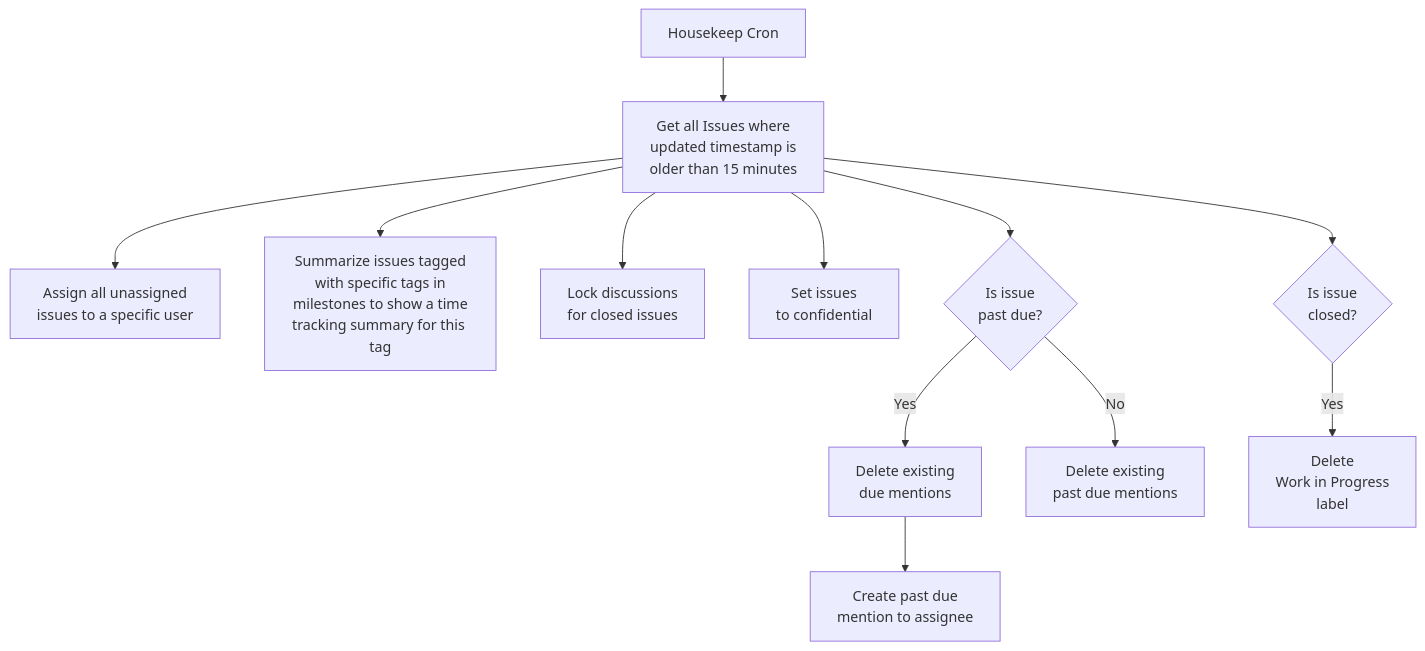
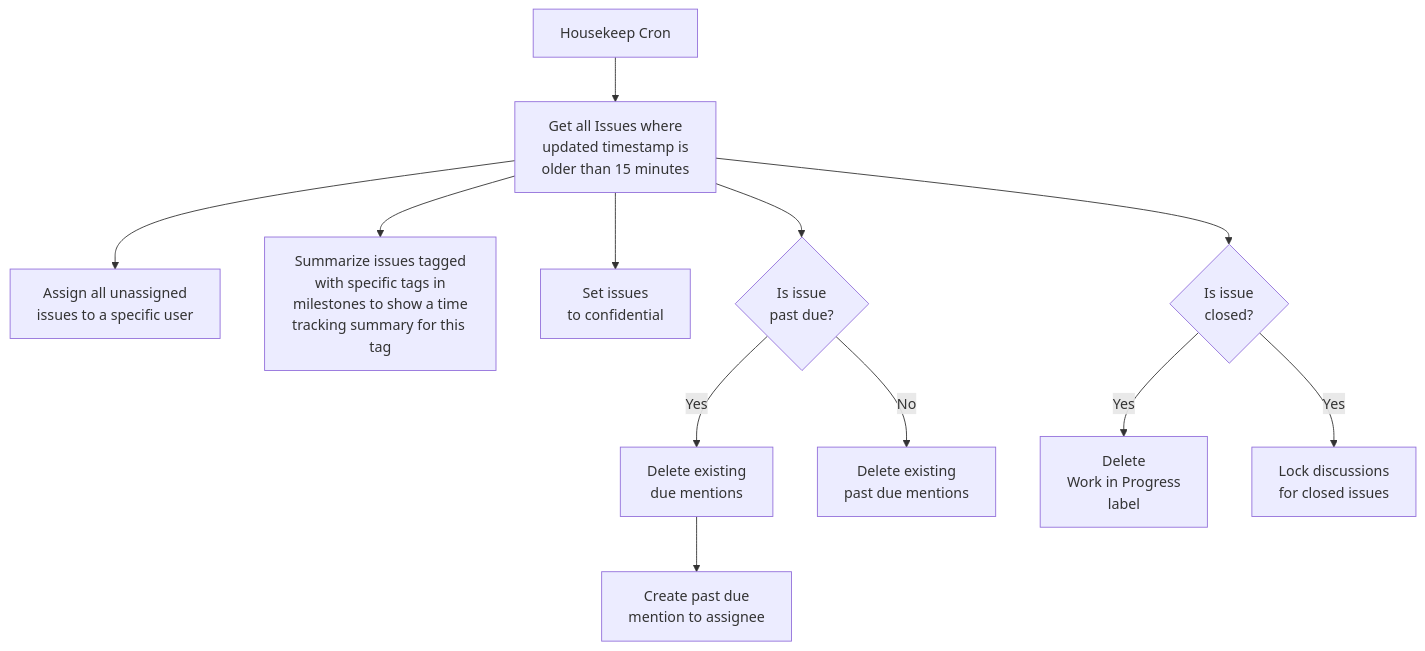
The first of 2 diagrams in README.md (perryflynn/taskomat), drawn with Mermaid before and after one commit. The commit also changed 1 other file, not shown here.

Commit message:
refine readme

````diff
--- a/README.md
+++ b/README.md
@@ -26,14 +26,14 @@
 ```mermaid
 graph TD
     hk[Housekeep Cron] --> issues[Get all Issues where<br>updated timestamp is<br>older than 15 minutes]
     issues --> assign[Assign all unassigned<br>issues to a specific user]
     issues --> milestone[Summarize issues tagged<br>with specific tags in<br>milestones to show a time<br>tracking summary for this tag]
-    issues --> lock[Lock discussions<br>for closed issues]
     issues --> confidential[Set issues<br>to confidential]
     issues --> isdue{Is issue<br>past due?}
     isdue -->|Yes| delduemsg2[Delete existing<br>due mentions]
     issues --> isclosed{Is issue<br>closed?}
     isclosed -->|Yes| delwip[Delete<br>Work in Progress<br>label]
+    isclosed --> |Yes| lock[Lock discussions<br>for closed issues]
     delduemsg2 --> addue[Create past due<br>mention to assignee]
     isdue -->|No| delduemsg[Delete existing<br>past due mentions]
 ```
````
